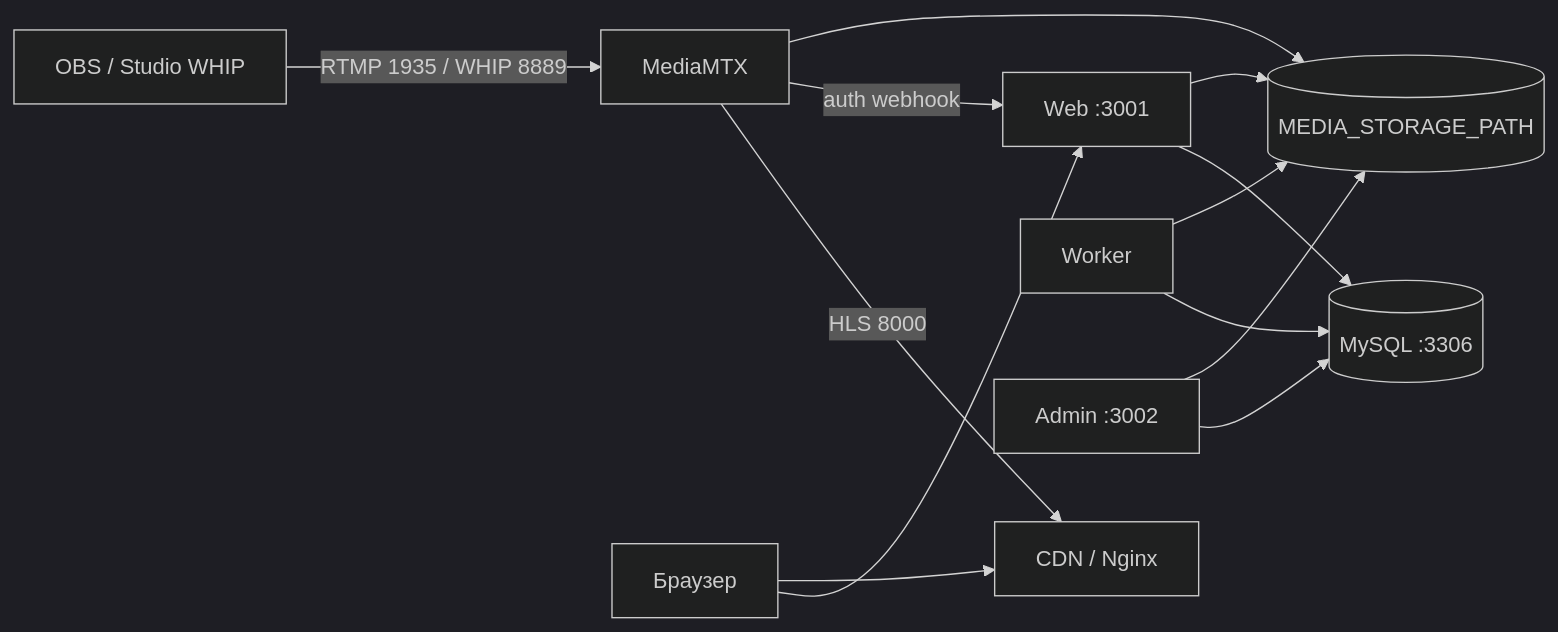
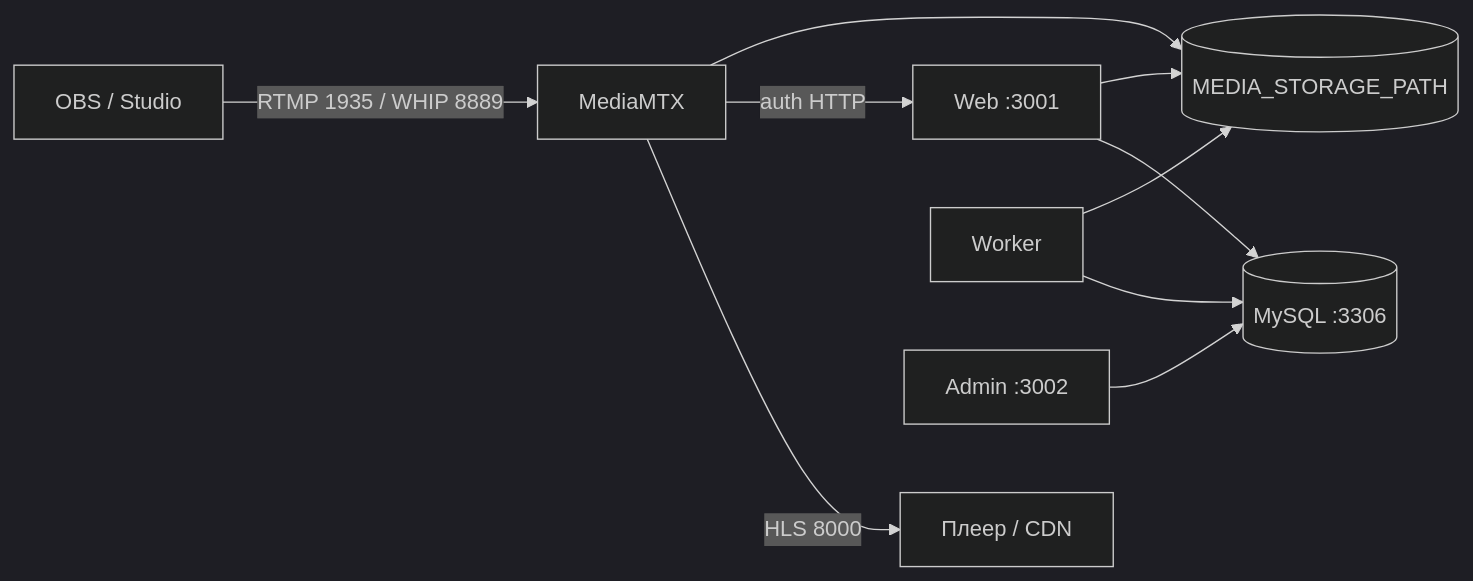
Before and after one commit to etoyatv/etoyatv: the diagram in README.md, drawn with Mermaid (dark theme). The commit also changed other lines of this file and 3 other files, not shown here.

````diff
--- a/README.md
+++ b/README.md
@@ -37,15 +131,12 @@
 ```mermaid
 flowchart LR
-  OBS[OBS / Studio WHIP] -->|RTMP 1935 / WHIP 8889| MTX[MediaMTX]
-  MTX -->|HLS 8000| CDN[CDN / Nginx]
-  MTX -->|auth webhook| WEB[Web :3001]
+  OBS[OBS / Studio] -->|RTMP 1935 / WHIP 8889| MTX[MediaMTX]
+  MTX -->|HLS 8000| Player[Плеер / CDN]
+  MTX -->|auth HTTP| WEB[Web :3001]
   WEB --> DB[(MySQL :3306)]
   WRK[Worker] --> DB
   WRK --> DISK[(MEDIA_STORAGE_PATH)]
   MTX --> DISK
   WEB --> DISK
   ADM[Admin :3002] --> DB
-  ADM --> DISK
-  USER[Браузер] --> WEB
-  USER --> CDN
 ```
````
